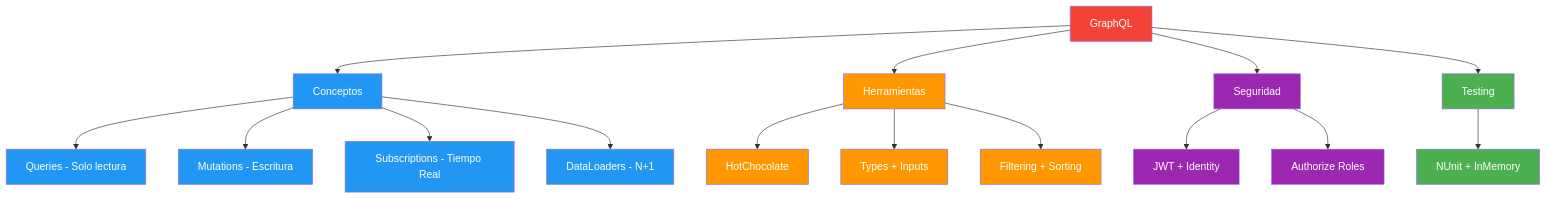
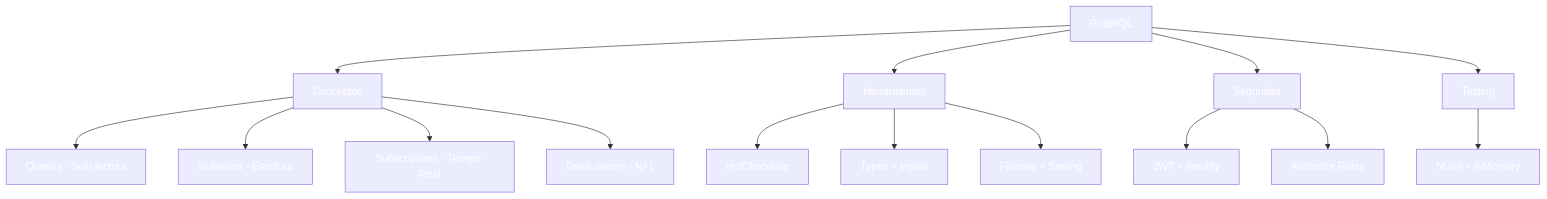
The tenth of 10 diagrams in 19-graphql.md (joseluisgs/DesarrolloWebEntornosServidor-02-2026-2027), drawn with Mermaid before and after one commit. The commit also changed other lines of this file and 41 other files, not shown here.

````diff
--- a/19-graphql.md
+++ b/19-graphql.md
@@ -1416,37 +1416,37 @@
 ```mermaid
 graph TD
     GQL[GraphQL] --> CONCEPTOS[Conceptos]
     GQL --> TOOLS[Herramientas]
     GQL --> SECURITY[Seguridad]
     GQL --> TEST[Testing]
 
     CONCEPTOS --> QRY[Queries - Solo lectura]
     CONCEPTOS --> MUT[Mutations - Escritura]
     CONCEPTOS --> SUB[Subscriptions - Tiempo Real]
     CONCEPTOS --> DL[DataLoaders - N+1]
 
     TOOLS --> HC[HotChocolate]
     TOOLS --> TYPES[Types + Inputs]
     TOOLS --> FILTERS[Filtering + Sorting]
 
     SECURITY --> JWT[JWT + Identity]
     SECURITY --> AUTH[Authorize Roles]
 
     TEST --> NUNIT[NUnit + InMemory]
 
-    style GQL fill:#f44336,color:#fff
-    style CONCEPTOS fill:#2196F3,color:#fff
-    style TOOLS fill:#FF9800,color:#fff
-    style SECURITY fill:#9C27B0,color:#fff
-    style TEST fill:#4CAF50,color:#fff
-    style QRY fill:#2196F3,color:#fff
-    style MUT fill:#2196F3,color:#fff
-    style SUB fill:#2196F3,color:#fff
-    style DL fill:#2196F3,color:#fff
-    style HC fill:#FF9800,color:#fff
-    style TYPES fill:#FF9800,color:#fff
-    style FILTERS fill:#FF9800,color:#fff
-    style JWT fill:#9C27B0,color:#fff
-    style AUTH fill:#9C27B0,color:#fff
-    style NUNIT fill:#4CAF50,color:#fff
+    style GQL fill:#f4433,color:#fff6,color:#fff
+    style CONCEPTOS fill:#2196F,color:#fff3,color:#fff
+    style TOOLS fill:#FF980,color:#fff0,color:#fff
+    style SECURITY fill:#9C27B,color:#fff0,color:#fff
+    style TEST fill:#4CAF5,color:#fff0,color:#fff
+    style QRY fill:#2196F,color:#fff3,color:#fff
+    style MUT fill:#2196F,color:#fff3,color:#fff
+    style SUB fill:#2196F,color:#fff3,color:#fff
+    style DL fill:#2196F,color:#fff3,color:#fff
+    style HC fill:#FF980,color:#fff0,color:#fff
+    style TYPES fill:#FF980,color:#fff0,color:#fff
+    style FILTERS fill:#FF980,color:#fff0,color:#fff
+    style JWT fill:#9C27B,color:#fff0,color:#fff
+    style AUTH fill:#9C27B,color:#fff0,color:#fff
+    style NUNIT fill:#4CAF5,color:#fff0,color:#fff
 ```
````
